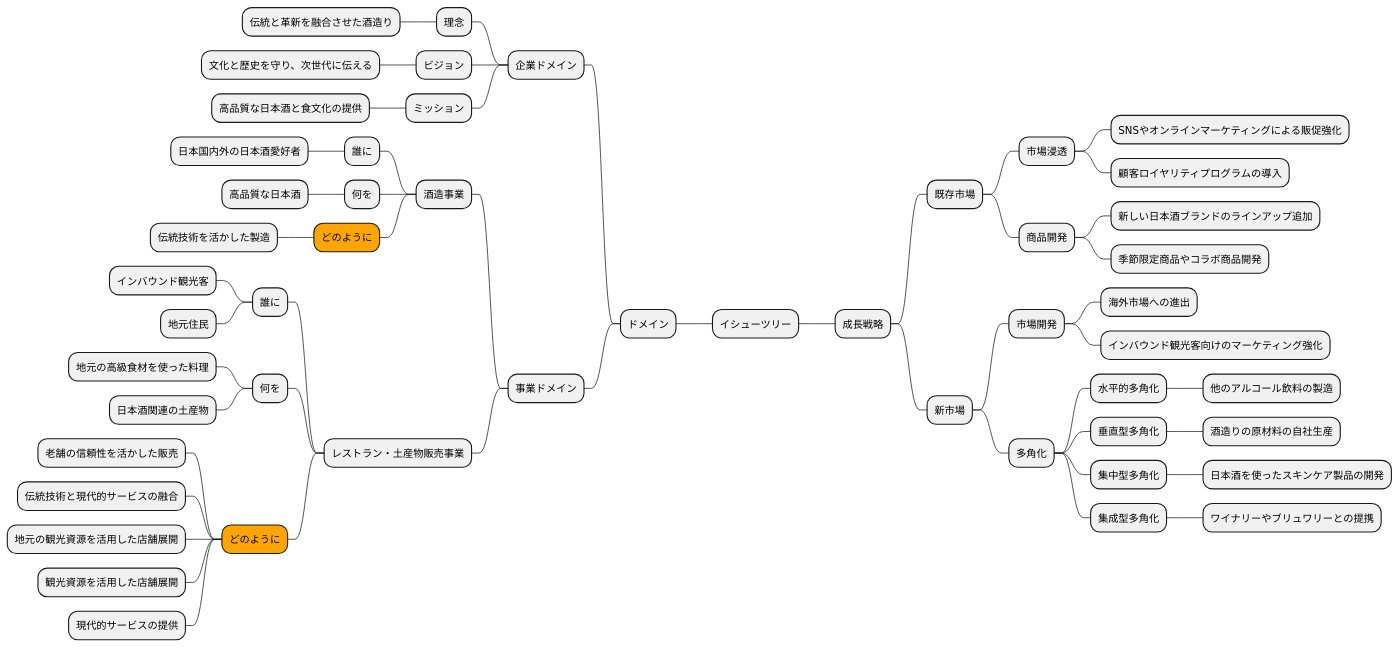
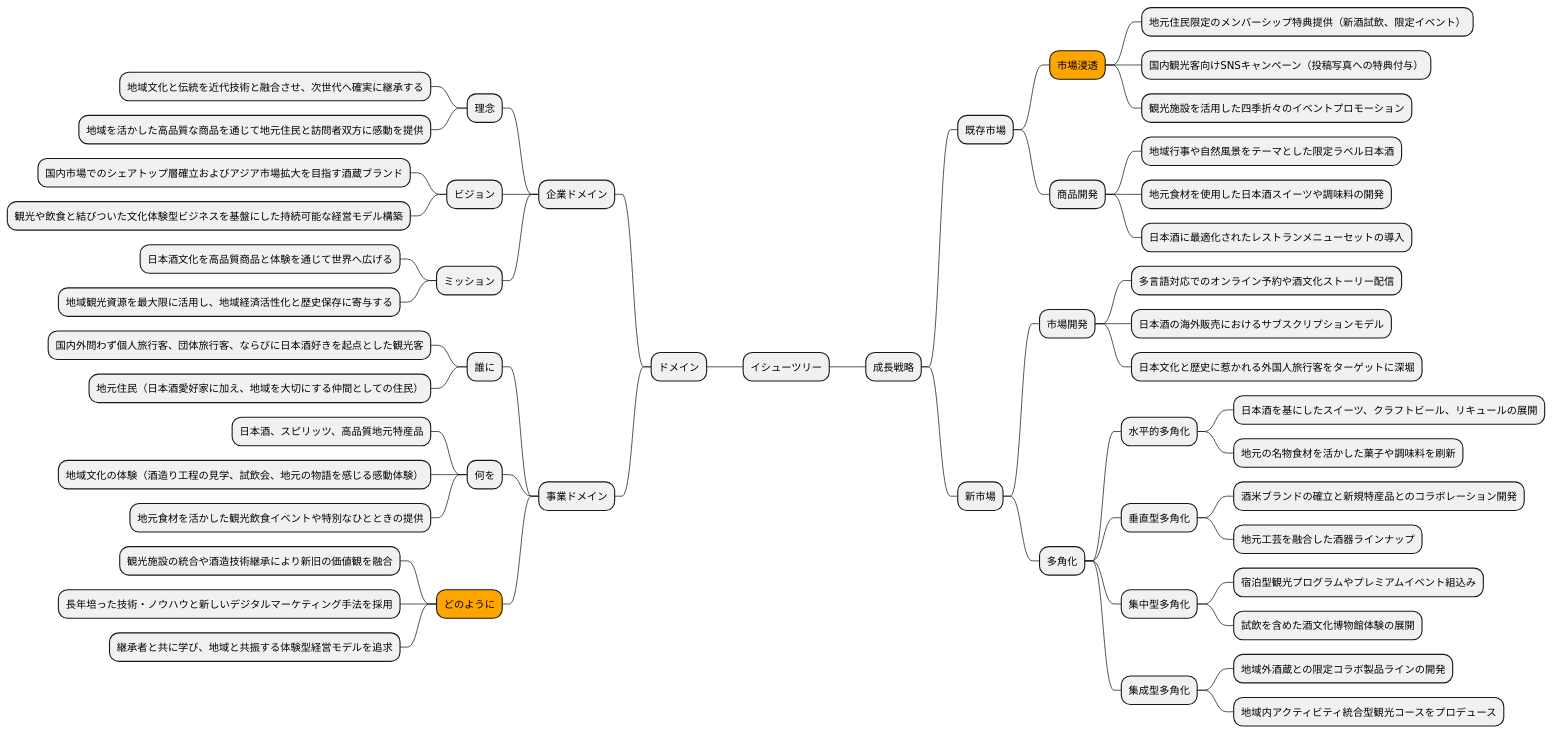
Before and after one commit to k2works/case-study-business-analysis: the seventh of 19 diagrams in docs/case/r02_case_1.adoc, drawn with PlantUML. The commit also changed other lines of this file, not shown here.

```diff
--- a/docs/case/r02_case_1.adoc
+++ b/docs/case/r02_case_1.adoc
@@ -262,60 +275,61 @@
 [plantuml]
 ----
 @startmindmap
 
 * イシューツリー
 left side
 ** ドメイン
 *** 企業ドメイン
 **** 理念
-***** 伝統と革新を融合させた酒造り
+***** 地域文化と伝統を近代技術と融合させ、次世代へ確実に継承する
+***** 地域を活かした高品質な商品を通じて地元住民と訪問者双方に感動を提供
 **** ビジョン
-***** 文化と歴史を守り、次世代に伝える
+***** 国内市場でのシェアトップ層確立およびアジア市場拡大を目指す酒蔵ブランド
+***** 観光や飲食と結びついた文化体験型ビジネスを基盤にした持続可能な経営モデル構築
 **** ミッション
-***** 高品質な日本酒と食文化の提供
+***** 日本酒文化を高品質商品と体験を通じて世界へ広げる
+***** 地域観光資源を最大限に活用し、地域経済活性化と歴史保存に寄与する
 *** 事業ドメイン
-**** 酒造事業
-***** 誰に
-****** 日本国内外の日本酒愛好者
-***** 何を
-****** 高品質な日本酒
-*****[#orange] どのように
-****** 伝統技術を活かした製造
-**** レストラン・土産物販売事業
-***** 誰に
-****** インバウンド観光客
-****** 地元住民
-***** 何を
-****** 地元の高級食材を使った料理
-****** 日本酒関連の土産物
-*****[#orange] どのように
-****** 老舗の信頼性を活かした販売
-****** 伝統技術と現代的サービスの融合
-****** 地元の観光資源を活用した店舗展開
-****** 観光資源を活用した店舗展開
-****** 現代的サービスの提供
+**** 誰に
+***** 国内外問わず個人旅行客、団体旅行客、ならびに日本酒好きを起点とした観光客
+***** 地元住民（日本酒愛好家に加え、地域を大切にする仲間としての住民）
+**** 何を
+***** 日本酒、スピリッツ、高品質地元特産品
+***** 地域文化の体験（酒造り工程の見学、試飲会、地元の物語を感じる感動体験）
+***** 地元食材を活かした観光飲食イベントや特別なひとときの提供
+****[#orange] どのように
+***** 観光施設の統合や酒造技術継承により新旧の価値観を融合
+***** 長年培った技術・ノウハウと新しいデジタルマーケティング手法を採用
+***** 継承者と共に学び、地域と共振する体験型経営モデルを追求
 right side
 ** 成長戦略
 *** 既存市場
-**** 市場浸透
-***** SNSやオンラインマーケティングによる販促強化
-***** 顧客ロイヤリティプログラムの導入
+****[#orange] 市場浸透
+***** 地元住民限定のメンバーシップ特典提供（新酒試飲、限定イベント）
+***** 国内観光客向けSNSキャンペーン（投稿写真への特典付与）
+***** 観光施設を活用した四季折々のイベントプロモーション
 **** 商品開発
-***** 新しい日本酒ブランドのラインアップ追加
-***** 季節限定商品やコラボ商品開発
+***** 地域行事や自然風景をテーマとした限定ラベル日本酒
+***** 地元食材を使用した日本酒スイーツや調味料の開発
+***** 日本酒に最適化されたレストランメニューセットの導入
 *** 新市場
 **** 市場開発
-***** 海外市場への進出
-***** インバウンド観光客向けのマーケティング強化
+***** 多言語対応でのオンライン予約や酒文化ストーリー配信
+***** 日本酒の海外販売におけるサブスクリプションモデル
+***** 日本文化と歴史に惹かれる外国人旅行客をターゲットに深堀
 **** 多角化
 ***** 水平的多角化
-****** 他のアルコール飲料の製造
+****** 日本酒を基にしたスイーツ、クラフトビール、リキュールの展開
+****** 地元の名物食材を活かした菓子や調味料を刷新
 ***** 垂直型多角化
-****** 酒造りの原材料の自社生産
+****** 酒米ブランドの確立と新規特産品とのコラボレーション開発
+****** 地元工芸を融合した酒器ラインナップ
 ***** 集中型多角化
-****** 日本酒を使ったスキンケア製品の開発
+****** 宿泊型観光プログラムやプレミアムイベント組込み
+****** 試飲を含めた酒文化博物館体験の展開
 ***** 集成型多角化
-****** ワイナリーやブリュワリーとの提携
+****** 地域外酒蔵との限定コラボ製品ラインの開発
+****** 地域内アクティビティ統合型観光コースをプロデュース
 
 @endmindmap
 ----
```
